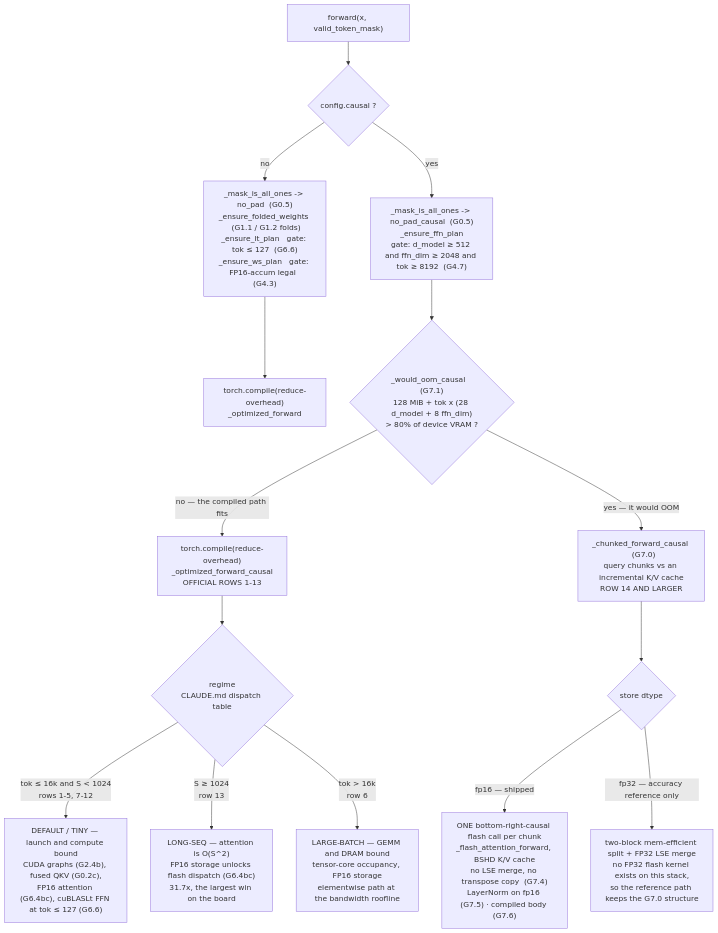
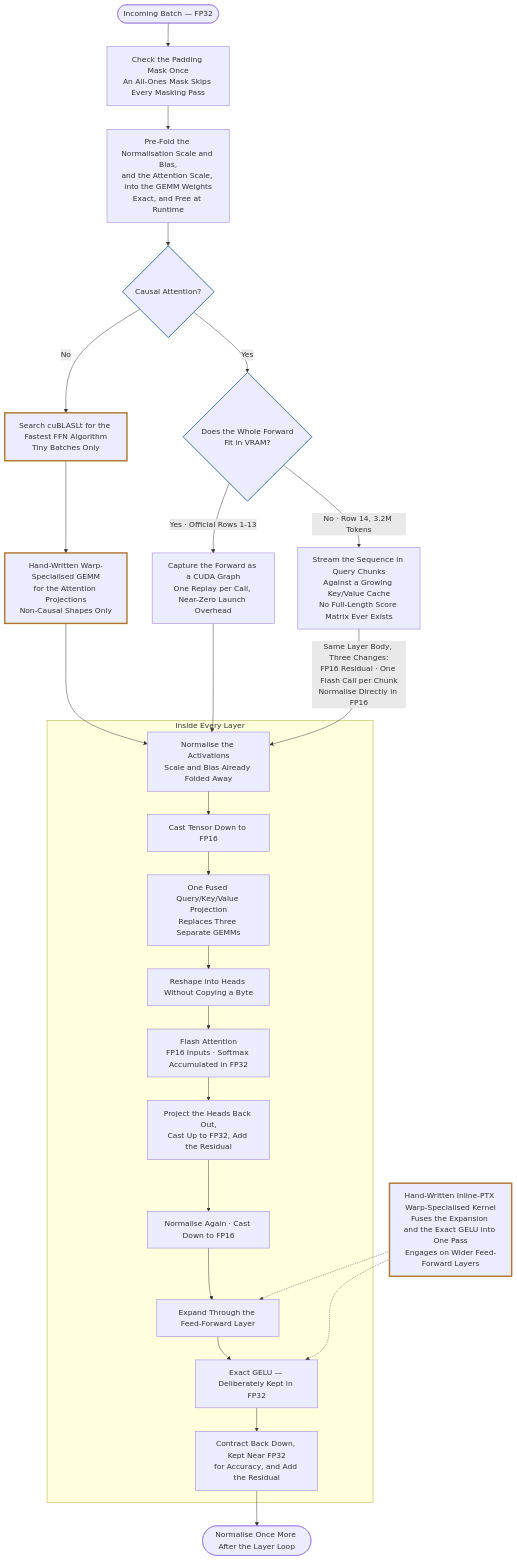
Before and after one commit to yeoshuyi/Flipfloppers-GPU-Kernel-Optimizer: the first of 3 diagrams in README.md, drawn with Mermaid. The commit also changed other lines of this file, not shown here.

````diff
--- a/README.md
+++ b/README.md
@@ -131,22 +167,41 @@
 ```mermaid
 flowchart TD
-    IN["forward(x, valid_token_mask)"] --> CAUSAL{"config.causal ?"}
+    IN(["Incoming Batch — FP32"]) --> MASK["Check the Padding Mask Once<br/>An All-Ones Mask Skips Every Masking Pass"]
+    MASK --> FOLD["Pre-Fold the Normalisation Scale and Bias,<br/>and the Attention Scale, into the GEMM Weights<br/>Exact, and Free at Runtime"]
+    FOLD --> CAUSAL{"Causal Attention?"}
 
-    CAUSAL -->|no| NP["_mask_is_all_ones -&gt; no_pad  (G0.5)<br/>_ensure_folded_weights  (G1.1 / G1.2 folds)<br/>_ensure_lt_plan   gate: tok &le; 127  (G6.6)<br/>_ensure_ws_plan   gate: FP16-accum legal  (G4.3)"]
-    NP --> NCOMP["torch.compile(reduce-overhead)<br/>_optimized_forward"]
+    CAUSAL -->|"No"| NCK["Search cuBLASLt for the Fastest FFN Algorithm<br/>Tiny Batches Only"]
+    NCK --> NCW["Hand-Written Warp-Specialised GEMM<br/>for the Attention Projections<br/>Non-Causal Shapes Only"]
 
-    CAUSAL -->|yes| MASK["_mask_is_all_ones -&gt; no_pad_causal  (G0.5)<br/>_ensure_ffn_plan<br/>gate: d_model &ge; 512 and ffn_dim &ge; 2048 and tok &ge; 8192  (G4.7)"]
-    MASK --> OOM{"_would_oom_causal   (G7.1)<br/>128 MiB + tok x (28 d_model + 8 ffn_dim)<br/>&gt; 80% of device VRAM ?"}
+    CAUSAL -->|"Yes"| FIT{"Does the Whole Forward<br/>Fit in VRAM?"}
+    FIT -->|"Yes · Official Rows 1-13"| GRAPH["Capture the Forward as a CUDA Graph<br/>One Replay per Call, Near-Zero Launch Overhead"]
+    FIT -->|"No · Row 14, 3.2M Tokens"| CHUNK["Stream the Sequence in Query Chunks<br/>Against a Growing Key/Value Cache<br/>No Full-Length Score Matrix Ever Exists"]
 
-    OOM -->|"no — the compiled path fits"| CCOMP["torch.compile(reduce-overhead)<br/>_optimized_forward_causal<br/>OFFICIAL ROWS 1-13"]
-    OOM -->|"yes — it would OOM"| CHUNK["_chunked_forward_causal   (G7.0)<br/>query chunks vs an incremental K/V cache<br/>ROW 14 AND LARGER"]
+    subgraph LAYER["Inside Every Layer"]
+        L1["Normalise the Activations<br/>Scale and Bias Already Folded Away"]
+        L1 --> L2["Cast Tensor Down to FP16"]
+        L2 --> L3["One Fused Query/Key/Value Projection<br/>Replaces Three Separate GEMMs"]
+        L3 --> L4["Reshape into Heads Without Copying a Byte"]
+        L4 --> L5["Flash Attention<br/>FP16 Inputs · Softmax Accumulated in FP32"]
+        L5 --> L6["Project the Heads Back Out,<br/>Cast Up to FP32, Add the Residual"]
+        L6 --> L7["Normalise Again · Cast Down to FP16"]
+        L7 --> L8["Expand Through the Feed-Forward Layer"]
+        L8 --> L9["Exact GELU — Deliberately Kept in FP32"]
+        L9 --> L10["Contract Back Down, Kept Near FP32<br/>for Accuracy, and Add the Residual"]
+    end
 
-    CCOMP --> REG{"regime<br/>CLAUDE.md dispatch table"}
-    REG -->|"tok &le; 16k and S &lt; 1024<br/>rows 1-5, 7-12"| DEF["DEFAULT / TINY — launch and compute bound<br/>CUDA graphs (G2.4b), fused QKV (G0.2c),<br/>FP16 attention (G6.4bc), cuBLASLt FFN at tok &le; 127 (G6.6)"]
-    REG -->|"S &ge; 1024<br/>row 13"| LS["LONG-SEQ — attention is O(S^2)<br/>FP16 storage unlocks flash dispatch (G6.4bc)<br/>31.7x, the largest win on the board"]
-    REG -->|"tok &gt; 16k<br/>row 6"| LB["LARGE-BATCH — GEMM and DRAM bound<br/>tensor-core occupancy, FP16 storage<br/>elementwise path at the bandwidth roofline"]
+    NCW --> L1
+    GRAPH --> L1
+    CHUNK -->|"Same Layer Body, Three Changes:<br/>FP16 Residual · One Flash Call per Chunk<br/>Normalise Directly in FP16"| L1
 
-    CHUNK --> STORE{"store dtype"}
-    STORE -->|"fp16 — shipped"| FLASH["ONE bottom-right-causal flash call per chunk<br/>_flash_attention_forward, BSHD K/V cache<br/>no LSE merge, no transpose copy  (G7.4)<br/>LayerNorm on fp16 (G7.5) · compiled body (G7.6)"]
-    STORE -->|"fp32 — accuracy reference only"| EFF["two-block mem-efficient split + FP32 LSE merge<br/>no FP32 flash kernel exists on this stack,<br/>so the reference path keeps the G7.0 structure"]
+    PTX["Hand-Written Inline-PTX Warp-Specialised Kernel<br/>Fuses the Expansion and the Exact GELU into One Pass<br/>Engages on Wider Feed-Forward Layers"]
+    PTX -.-> L8
+    PTX -.-> L9
+
+    L10 --> OUT(["Normalise Once More After the Layer Loop"])
+
+    classDef kernel stroke:#b0762f,stroke-width:3px
+    classDef decision stroke:#3b6ea5,stroke-width:2px
+    class NCK,NCW,PTX kernel
+    class CAUSAL,FIT decision
 ```
````
